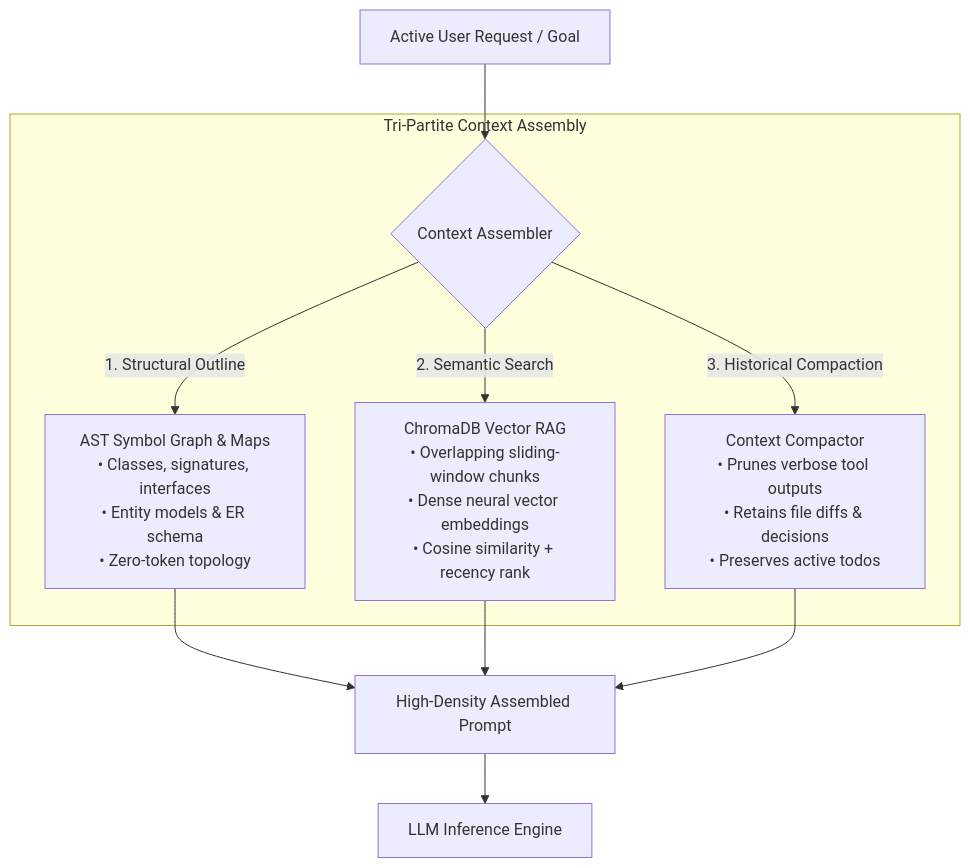
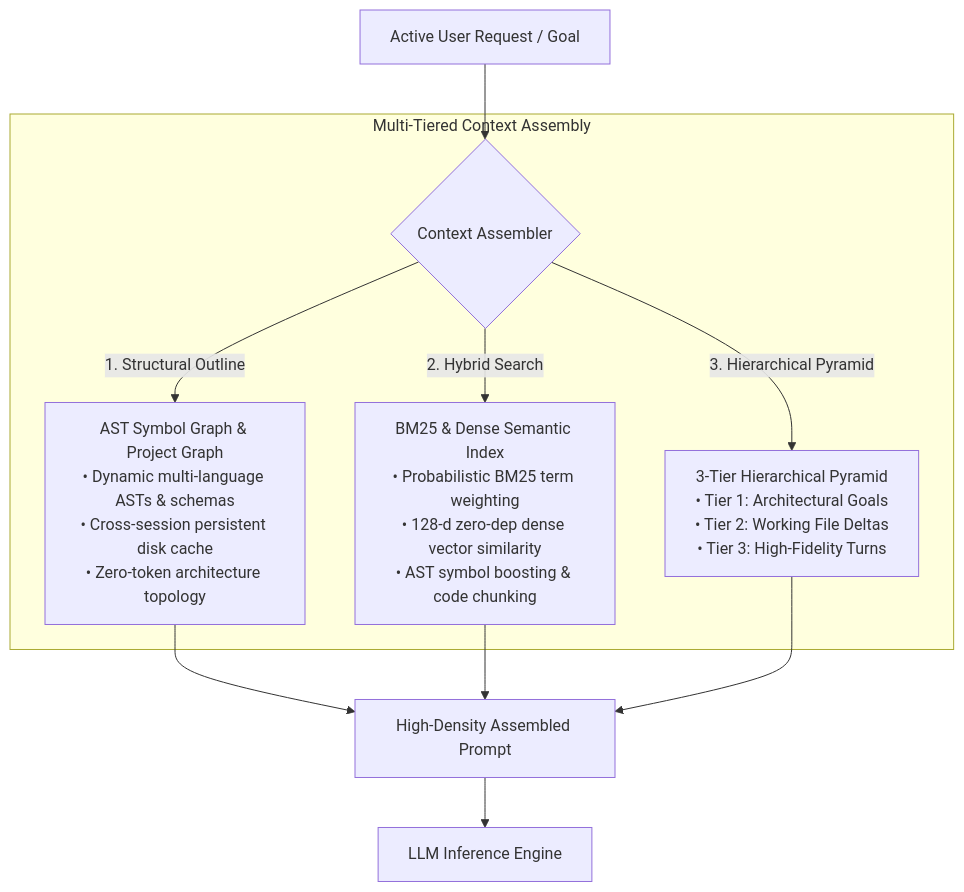
The third of 7 diagrams in docs/FLOWS.md (SAGO-AUTOMATES/SAGO-Agent), drawn with Mermaid before and after one commit. The commit also changed other lines of this file and 1 other file, not shown here.

Commit message:
docs: synchronize FLOWS.md and PROJECT.md with latest engine, memory, and telemetry architecture

````diff
--- a/docs/FLOWS.md
+++ b/docs/FLOWS.md
@@ -98,15 +98,15 @@
 ```mermaid
 flowchart TD
     UserRequest["Active User Request / Goal"] --> Router{"Context Assembler"}
     
-    subgraph Context_Tiers["Tri-Partite Context Assembly"]
-        Router -->|1. Structural Outline| SymbolGraph["AST Symbol Graph & Maps\n• Classes, signatures, interfaces\n• Entity models & ER schema\n• Zero-token topology"]
-        Router -->|2. Semantic Search| VectorRAG["ChromaDB Vector RAG\n• Overlapping sliding-window chunks\n• Dense neural vector embeddings\n• Cosine similarity + recency rank"]
-        Router -->|3. Historical Compaction| Compactor["Context Compactor\n• Prunes verbose tool outputs\n• Retains file diffs & decisions\n• Preserves active todos"]
+    subgraph Context_Tiers["Multi-Tiered Context Assembly"]
+        Router -->|1. Structural Outline| SymbolGraph["AST Symbol Graph & Project Graph\n• Dynamic multi-language ASTs & schemas\n• Cross-session persistent disk cache\n• Zero-token architecture topology"]
+        Router -->|2. Hybrid Search| HybridSearch["BM25 & Dense Semantic Index\n• Probabilistic BM25 term weighting\n• 128-d zero-dep dense vector similarity\n• AST symbol boosting & code chunking"]
+        Router -->|3. Hierarchical Pyramid| Compactor["3-Tier Hierarchical Pyramid\n• Tier 1: Architectural Goals\n• Tier 2: Working File Deltas\n• Tier 3: High-Fidelity Turns"]
     end
     
     SymbolGraph --> HighDensityPrompt["High-Density Assembled Prompt"]
-    VectorRAG --> HighDensityPrompt
+    HybridSearch --> HighDensityPrompt
     Compactor --> HighDensityPrompt
     HighDensityPrompt --> LLM["LLM Inference Engine"]
 ```
````
